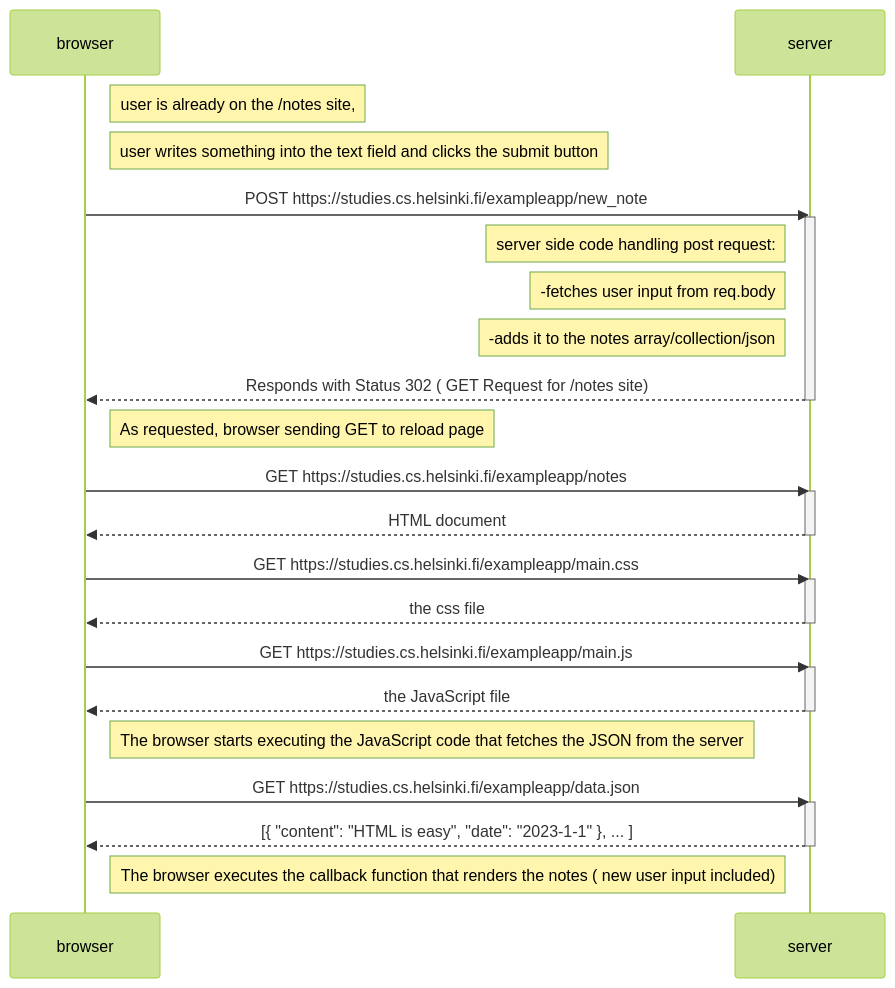
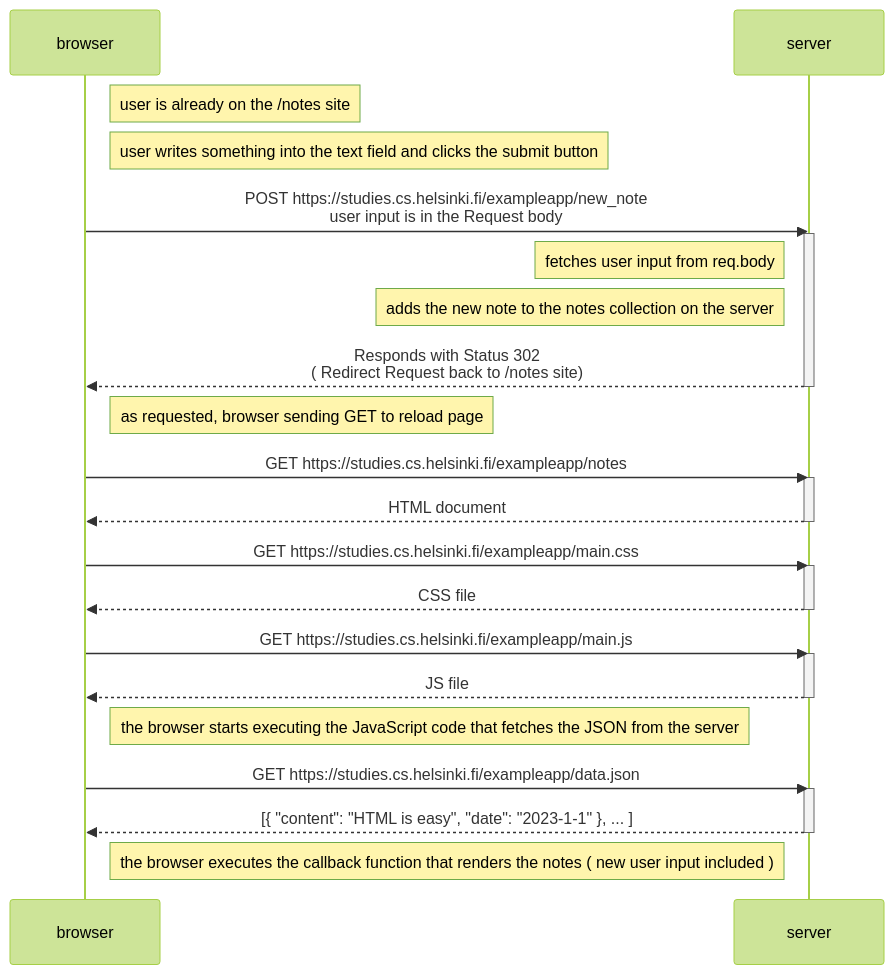
One commit to git-flexi/FullStackOpen changed the first of 3 diagrams in part0/README.md. Above: the diagram before and after it, drawn with Mermaid (forest theme). The commit also changed other lines of this file, not shown here.

````diff
--- a/part0/README.md
+++ b/part0/README.md
@@ -8,40 +8,39 @@
 ```mermaid
 sequenceDiagram
     participant browser
     participant server
     
-    Note right of browser: user is already on the /notes site, 
+    Note right of browser: user is already on the /notes site 
     Note right of browser: user writes something into the text field and clicks the submit button
-    browser->>server: POST https://studies.cs.helsinki.fi/exampleapp/new_note
+    browser->>server: POST https://studies.cs.helsinki.fi/exampleapp/new_note <br /> user input is in the Request body
     activate server
-    Note left of server: server side code handling post request:
-    Note left of server: -fetches user input from req.body
-    Note left of server: -adds it to the notes array/collection/json
-    server-->>browser: Responds with Status 302 ( GET Request for /notes site)
+    Note left of server: fetches user input from req.body
+    Note left of server: adds the new note to the notes collection on the server
+    server-->>browser: Responds with Status 302 <br />( Redirect Request back to /notes site)
     deactivate server
 
-    Note right of browser: As requested, browser sending GET to reload page  
+    Note right of browser: as requested, browser sending GET to reload page  
     browser->>server: GET https://studies.cs.helsinki.fi/exampleapp/notes
     activate server
     server-->>browser: HTML document
     deactivate server
     
     browser->>server: GET https://studies.cs.helsinki.fi/exampleapp/main.css
     activate server
-    server-->>browser: the css file
+    server-->>browser: CSS file
     deactivate server
     
     browser->>server: GET https://studies.cs.helsinki.fi/exampleapp/main.js
     activate server
-    server-->>browser: the JavaScript file
+    server-->>browser: JS file
     deactivate server
     
-    Note right of browser: The browser starts executing the JavaScript code that fetches the JSON from the server
+    Note right of browser: the browser starts executing the JavaScript code that fetches the JSON from the server
     
     browser->>server: GET https://studies.cs.helsinki.fi/exampleapp/data.json
     activate server
     server-->>browser: [{ "content": "HTML is easy", "date": "2023-1-1" }, ... ]
     deactivate server    
 
-    Note right of browser: The browser executes the callback function that renders the notes ( new user input included)
+    Note right of browser: the browser executes the callback function that renders the notes ( new user input included )
 ```
````
